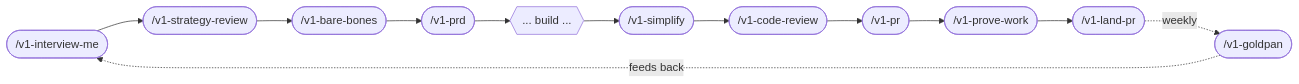
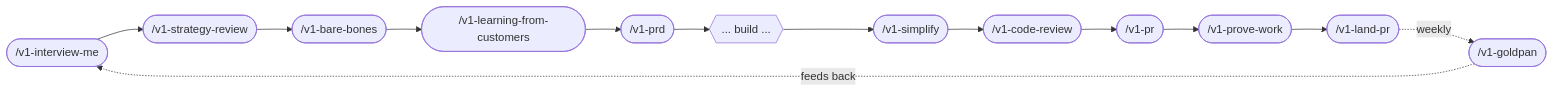
Before and after one commit to v1-io/v1tamins: the second of 6 diagrams in README.md, drawn with Mermaid. The commit also changed other lines of this file and 16 other files, not shown here.

````diff
--- a/README.md
+++ b/README.md
@@ -224,24 +230,26 @@
 ```mermaid
 flowchart LR
   A([/v1-interview-me]) --> B([/v1-strategy-review])
   B --> C([/v1-bare-bones])
-  C --> D([/v1-prd])
-  D --> E{{... build ...}}
-  E --> F([/v1-simplify])
-  F --> G([/v1-code-review])
-  G --> H([/v1-pr])
-  H --> I([/v1-prove-work])
-  I --> J([/v1-land-pr])
-  J -.weekly.-> K([/v1-goldpan])
-  K -.feeds back.-> A
+  C --> D([/v1-learning-from-customers])
+  D --> E([/v1-prd])
+  E --> F{{... build ...}}
+  F --> G([/v1-simplify])
+  G --> H([/v1-code-review])
+  H --> I([/v1-pr])
+  I --> J([/v1-prove-work])
+  J --> K([/v1-land-pr])
+  K -.weekly.-> L([/v1-goldpan])
+  L -.feeds back.-> A
   click A href "./plugins/v1tamins/skills/v1-interview-me/SKILL.md"
   click B href "./plugins/v1tamins/skills/v1-strategy-review/SKILL.md"
   click C href "./plugins/v1tamins/skills/v1-bare-bones/SKILL.md"
-  click D href "./plugins/v1tamins/skills/v1-prd/SKILL.md"
-  click F href "./plugins/v1tamins/skills/v1-simplify/SKILL.md"
-  click G href "./plugins/v1tamins/skills/v1-code-review/SKILL.md"
-  click H href "./plugins/v1tamins/skills/v1-pr/SKILL.md"
-  click I href "./plugins/v1tamins/skills/v1-prove-work/SKILL.md"
-  click J href "./plugins/v1tamins/skills/v1-land-pr/SKILL.md"
-  click K href "./plugins/v1tamins/skills/v1-goldpan/SKILL.md"
+  click D href "./plugins/v1tamins/skills/v1-learning-from-customers/SKILL.md"
+  click E href "./plugins/v1tamins/skills/v1-prd/SKILL.md"
+  click G href "./plugins/v1tamins/skills/v1-simplify/SKILL.md"
+  click H href "./plugins/v1tamins/skills/v1-code-review/SKILL.md"
+  click I href "./plugins/v1tamins/skills/v1-pr/SKILL.md"
+  click J href "./plugins/v1tamins/skills/v1-prove-work/SKILL.md"
+  click K href "./plugins/v1tamins/skills/v1-land-pr/SKILL.md"
+  click L href "./plugins/v1tamins/skills/v1-goldpan/SKILL.md"
 ```
````
